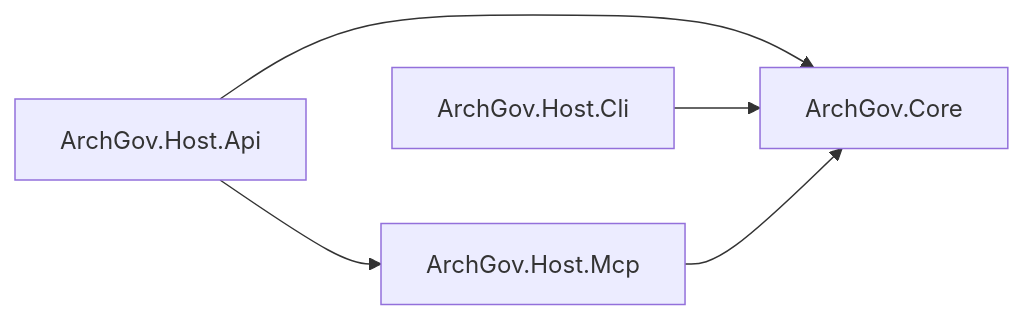
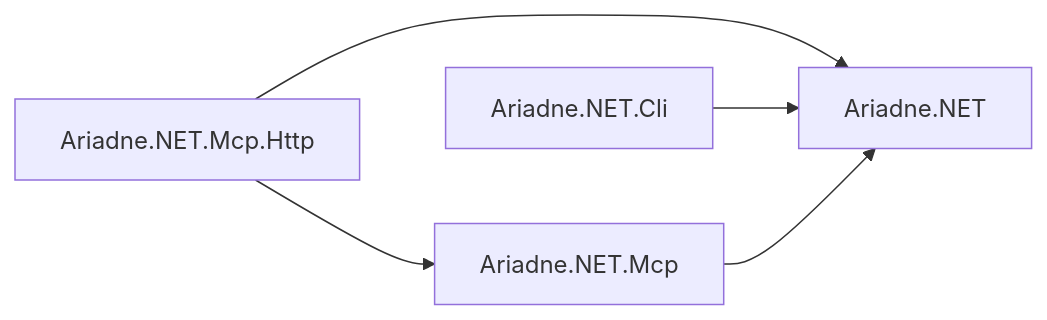
Before and after one commit to MarcelRoozekrans/Ariadne.NET: the third of 4 diagrams in docs-site/docs/how-it-works/02-architecture.md, drawn with Mermaid. The commit also changed other lines of this file and 13 other files, not shown here.

First line of the commit message:
docs: rename ArchGov to Ariadne.NET in README, CLAUDE.md and docs

````diff
--- a/docs-site/docs/how-it-works/02-architecture.md
+++ b/docs-site/docs/how-it-works/02-architecture.md
@@ -56,7 +56,7 @@
 ```mermaid
 graph LR
-    Api["ArchGov.Host.Api"] --> Core["ArchGov.Core"]
+    Api["Ariadne.NET.Mcp.Http"] --> Core["Ariadne.NET"]
     Api --> Mcp
-    Cli["ArchGov.Host.Cli"] --> Core
-    Mcp["ArchGov.Host.Mcp"] --> Core
+    Cli["Ariadne.NET.Cli"] --> Core
+    Mcp["Ariadne.NET.Mcp"] --> Core
 ```
````
